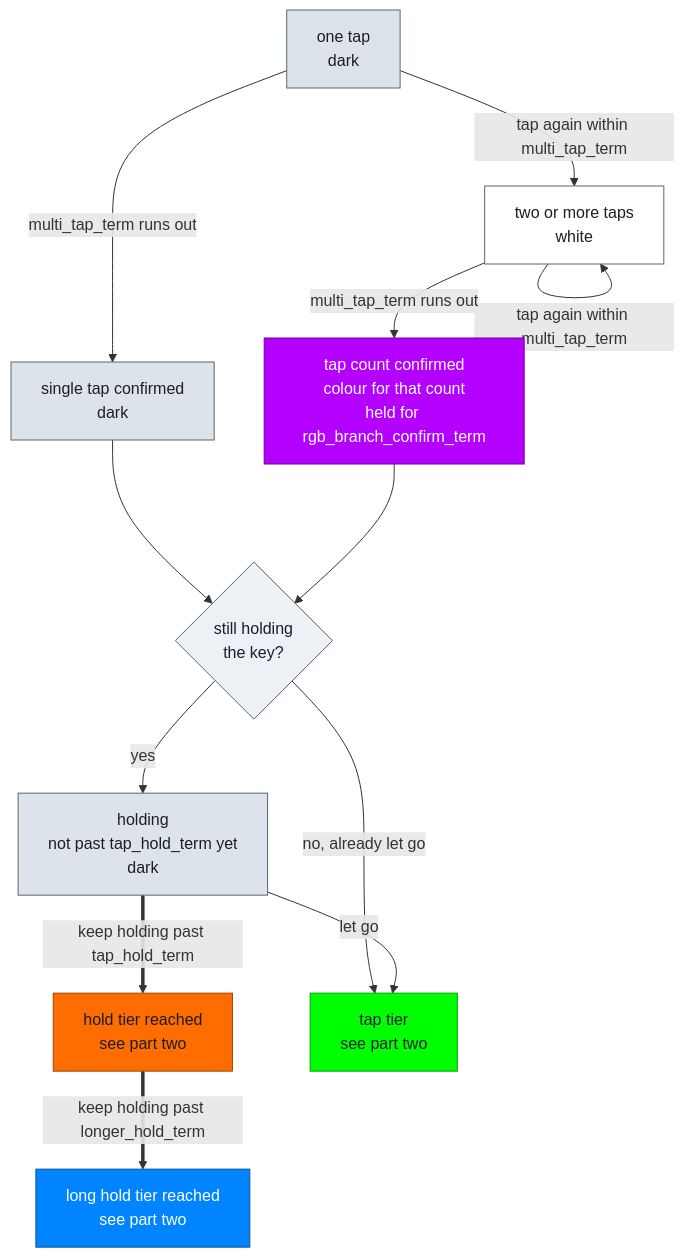
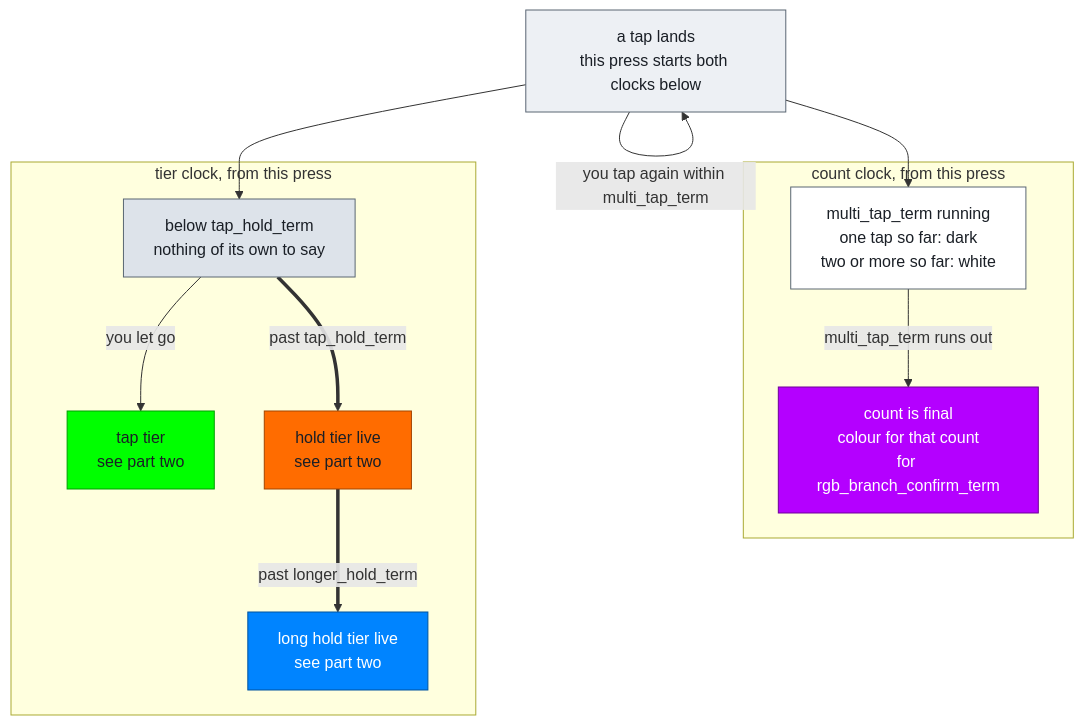
Before and after one commit to NoahCLR/charybdis-4x6: the first of 2 diagrams in docs/rgbflow.md, drawn with Mermaid. The commit also changed other lines of this file and 14 other files, not shown here.

````diff
--- a/docs/rgbflow.md
+++ b/docs/rgbflow.md
@@ -15,39 +18,28 @@
 ```mermaid
 flowchart TD
-    ONE["one tap<br>dark"]
-    MANY["two or more taps<br>white"]
-    PLAIN["single tap confirmed<br>dark"]
-    CONF["tap count confirmed<br>colour for that count<br>held for rgb_branch_confirm_term"]
-    STILL{"still holding<br>the key?"}
-    WAIT["holding<br>not past tap_hold_term yet<br>dark"]
-    HOLD["hold tier reached<br>see part two"]
-    LONG["long hold tier reached<br>see part two"]
-    TSENT["tap tier<br>see part two"]
+    TAP["a tap lands<br>this press starts both clocks below"]
+    TAP -->|"you tap again within multi_tap_term"| TAP
 
-    ONE -->|"tap again within multi_tap_term"| MANY
-    MANY -->|"tap again within multi_tap_term"| MANY
+    TAP --> COUNTING
+    TAP --> BELOW
 
-    ONE -->|"multi_tap_term runs out"| PLAIN
-    MANY -->|"multi_tap_term runs out"| CONF
+    subgraph COUNT["count clock, from this press"]
+        COUNTING["multi_tap_term running<br>one tap so far: dark<br>two or more so far: white"]
+        COUNTING -->|"multi_tap_term runs out"| CONF["count is final<br>colour for that count<br>for rgb_branch_confirm_term"]
+    end
 
-    PLAIN --> STILL
-    CONF --> STILL
+    subgraph TIER["tier clock, from this press"]
+        BELOW["below tap_hold_term<br>nothing of its own to say"]
+        BELOW -->|"you let go"| TT["tap tier<br>see part two"]
+        BELOW ==>|"past tap_hold_term"| HT["hold tier live<br>see part two"]
+        HT ==>|"past longer_hold_term"| LT["long hold tier live<br>see part two"]
+    end
 
-    STILL -->|"no, already let go"| TSENT
-    STILL -->|"yes"| WAIT
-
-    WAIT -->|"let go"| TSENT
-    WAIT ==>|"keep holding past tap_hold_term"| HOLD
-
-    HOLD ==>|"keep holding past longer_hold_term"| LONG
-
-    style ONE fill:#DDE3EA,stroke:#5A6673,color:#1A1F26
-    style MANY fill:#FFFFFF,stroke:#5A6673,color:#1A1F26
-    style PLAIN fill:#DDE3EA,stroke:#5A6673,color:#1A1F26
+    style TAP fill:#EDF0F4,stroke:#5A6673,color:#1A1F26
+    style COUNTING fill:#FFFFFF,stroke:#5A6673,color:#1A1F26
     style CONF fill:#B400FF,stroke:#6E0099,color:#FFFFFF
-    style STILL fill:#EDF0F4,stroke:#5A6673,color:#1A1F26
-    style WAIT fill:#DDE3EA,stroke:#5A6673,color:#1A1F26
-    style HOLD fill:#FF6C00,stroke:#A34500,color:#1A1F26
-    style LONG fill:#0084FF,stroke:#00539E,color:#FFFFFF
-    style TSENT fill:#00FF00,stroke:#009E00,color:#1A1F26
+    style BELOW fill:#DDE3EA,stroke:#5A6673,color:#1A1F26
+    style TT fill:#00FF00,stroke:#009E00,color:#1A1F26
+    style HT fill:#FF6C00,stroke:#A34500,color:#1A1F26
+    style LT fill:#0084FF,stroke:#00539E,color:#FFFFFF
 ```
````
